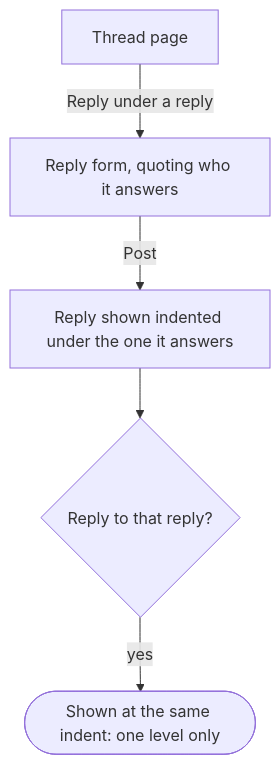
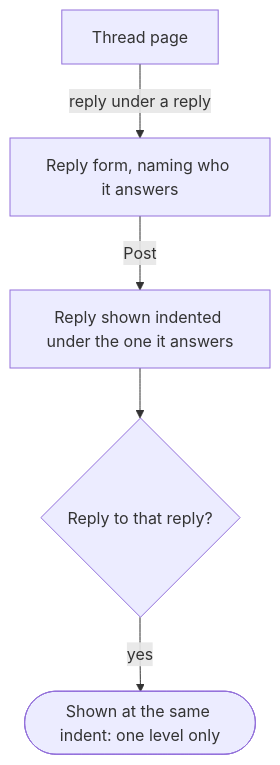
Before and after one commit to sarahrittertech-commits/outdoorscommunityapp: diagram 19 of 32 in docs/user-flows.md, drawn with Mermaid. The commit also changed other lines of this file and 8 other files, not shown here.

````diff
--- a/docs/user-flows.md
+++ b/docs/user-flows.md
@@ -268,7 +269,7 @@
 ```mermaid
 flowchart TD
-  thread["Thread page"] -->|Reply under a reply| form["Reply form, quoting who it answers"]
+  thread["Thread page"] -->|reply under a reply| form["Reply form, naming who it answers"]
   form -->|Post| nested["Reply shown indented under the one it answers"]
   nested --> deeper{Reply to that reply?}
   deeper -->|yes| same(["Shown at the same indent: one level only"])
 ```
````
